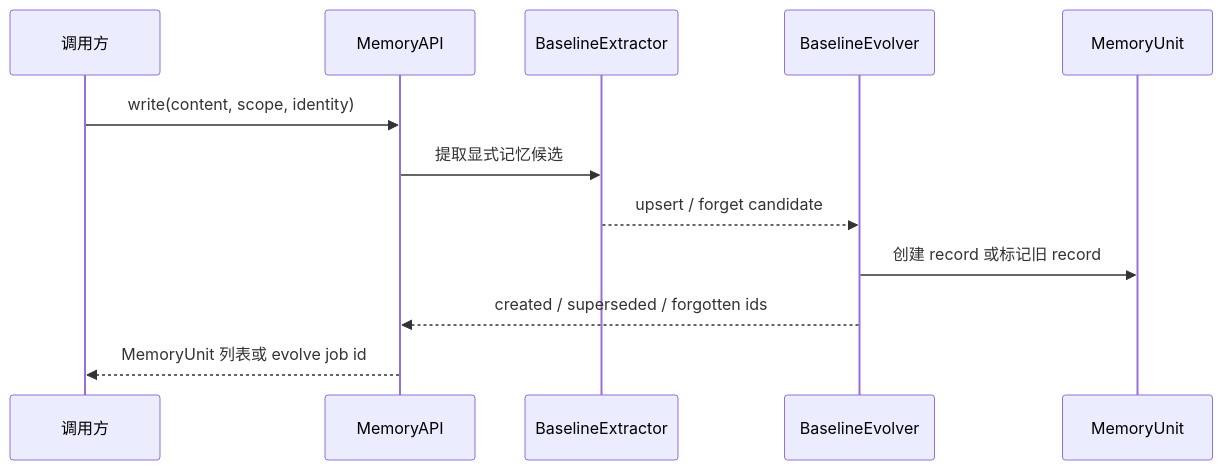
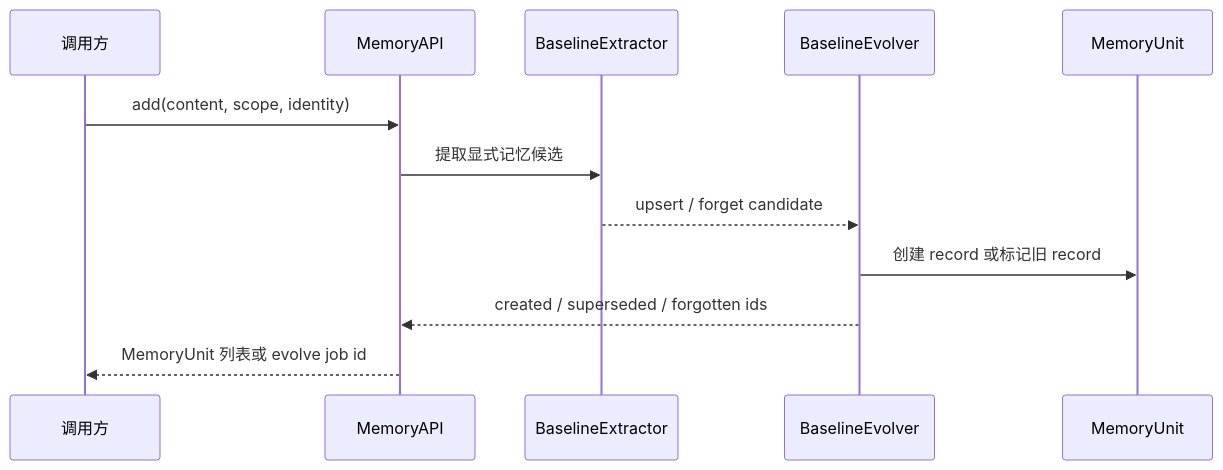
Before and after one commit to openJiuwen-ai/agent-memory: the second of 4 diagrams in docs/features/construction/F04-cc-memory-compat.md, drawn with Mermaid. The commit also changed other lines of this file and 57 other files, not shown here.

````diff
--- a/docs/features/construction/F04-cc-memory-compat.md
+++ b/docs/features/construction/F04-cc-memory-compat.md
@@ -164,15 +164,15 @@
 ```mermaid
 sequenceDiagram
     participant U as 调用方
     participant A as MemoryAPI
     participant X as BaselineExtractor
     participant E as BaselineEvolver
     participant M as MemoryUnit
 
-    U->>A: write(content, scope, identity)
+    U->>A: add(content, scope, identity)
     A->>X: 提取显式记忆候选
     X-->>E: upsert / forget candidate
     E->>M: 创建 record 或标记旧 record
     E-->>A: created / superseded / forgotten ids
     A-->>U: MemoryUnit 列表或 evolve job id
 ```
````
